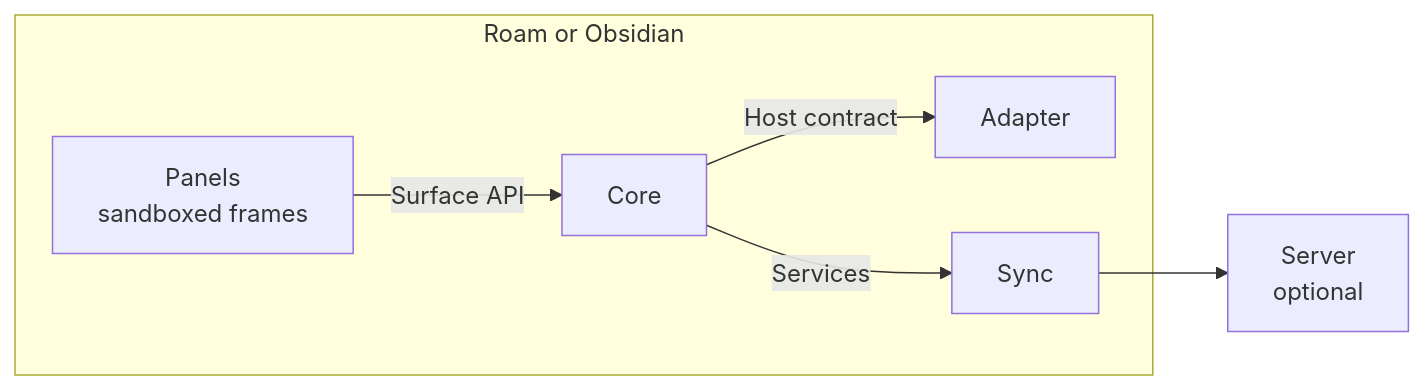
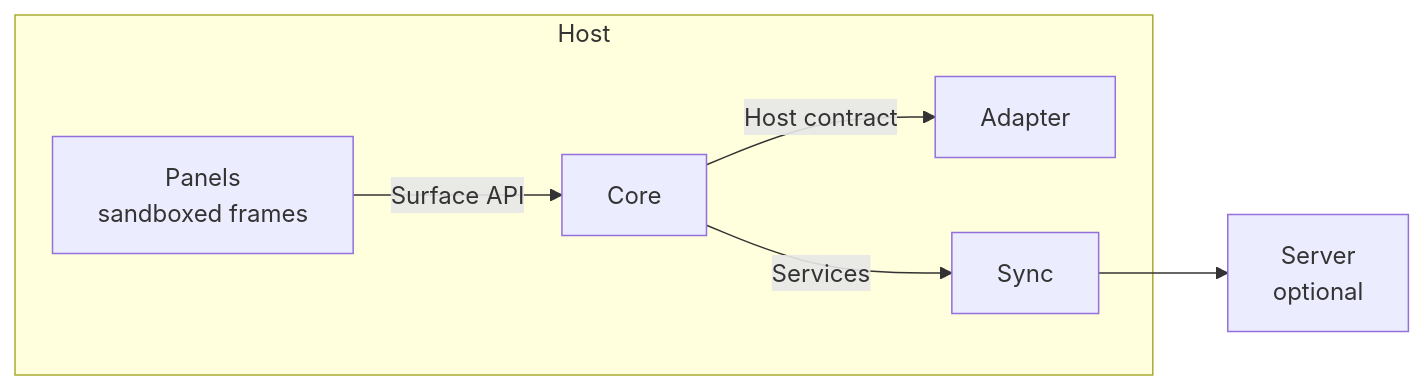
The diagram in README.md (abstractary/discourse-graphs-plugins), drawn with Mermaid before and after one commit. The commit also changed other lines of this file and 82 other files, not shown here.

First line of the commit message:
Docs describe the software as it is; a roadmap, a strategy page and fresh pictures

````diff
--- a/README.md
+++ b/README.md
@@ -123,14 +157,14 @@
 ```mermaid
 flowchart LR
-  subgraph base["Roam or Obsidian"]
+  subgraph base["Host"]
     panels["Panels<br/>sandboxed frames"]
     core["Core"]
     adapter["Adapter"]
     sync["Sync"]
   end
   server["Server<br/>optional"]
   panels -- "Surface API" --> core
   core -- "Host contract" --> adapter
   core -- "Services" --> sync
   sync --> server
 ```
````
